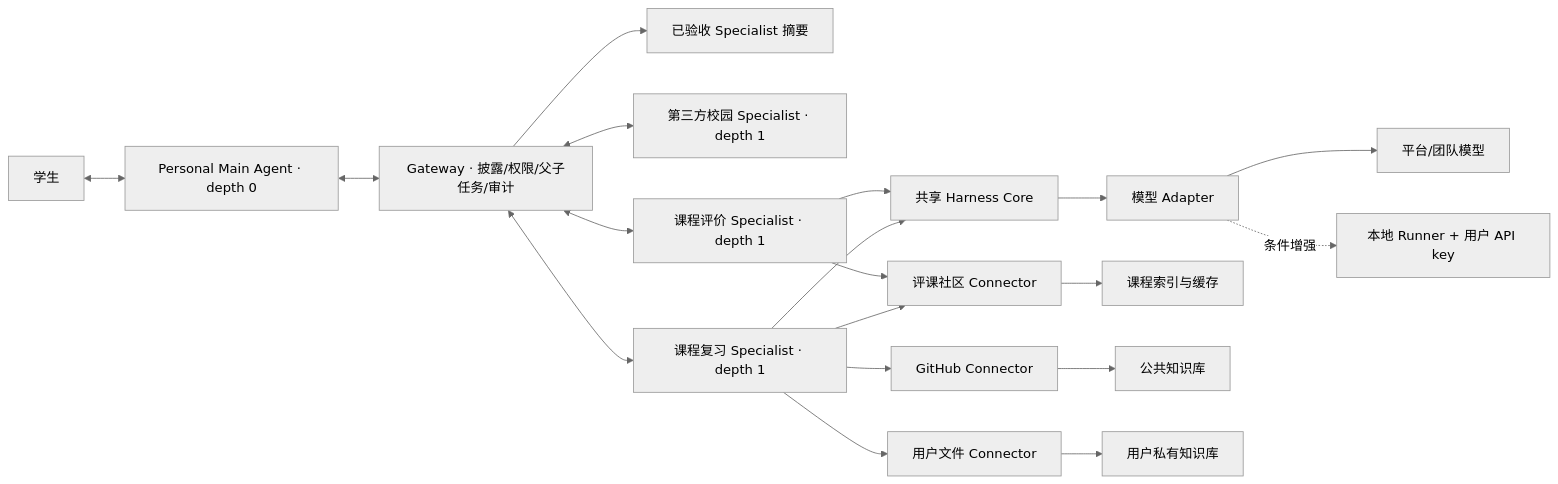
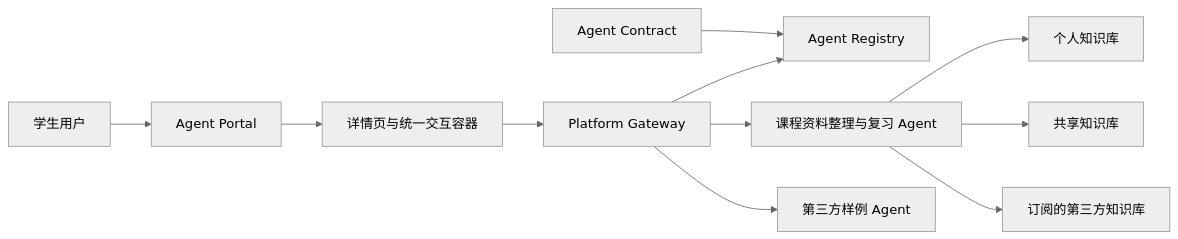
The diagram in README.md (xytsakura/ai-for-better-life-in-ustc), drawn with Mermaid (neutral theme) before and after one commit. The commit also changed other lines of this file and 2 other files, not shown here.

Commit message:
docs: make plugin platform the current project baseline

````diff
--- a/README.md
+++ b/README.md
@@ -59,21 +28,13 @@
 ```mermaid
 flowchart LR
-    U["学生"] <--> MAIN["Personal Main Agent · depth 0"]
-    MAIN <--> G["Gateway · 披露/权限/父子任务/审计"]
-    G --> R["已验收 Specialist 摘要"]
-    G <--> AX["第三方校园 Specialist · depth 1"]
-    G <--> A1["课程评价 Specialist · depth 1"]
-    G <--> A2["课程复习 Specialist · depth 1"]
-    A1 --> H["共享 Harness Core"]
-    A2 --> H
-    H --> M["模型 Adapter"]
-    M --> MP["平台/团队模型"]
-    M -. "条件增强" .-> LR["本地 Runner + 用户 API key"]
-    A1 --> C1["评课社区 Connector"]
-    A2 --> C1
-    A2 --> C2["GitHub Connector"]
-    A2 --> C3["用户文件 Connector"]
-    C1 --> D["课程索引与缓存"]
-    C2 --> K["公共知识库"]
-    C3 --> PRIVATE_KB["用户私有知识库"]
+    U["学生用户"] --> P["Agent Portal"]
+    P --> UI["详情页与统一交互容器"]
+    UI --> G["Platform Gateway"]
+    G --> R["Agent Registry"]
+    G --> A1["课程资料整理与复习 Agent"]
+    G --> A2["第三方样例 Agent"]
+    A1 --> K1["个人知识库"]
+    A1 --> K2["共享知识库"]
+    A1 --> K3["订阅的第三方知识库"]
+    C["Agent Contract"] --> R
 ```
````
